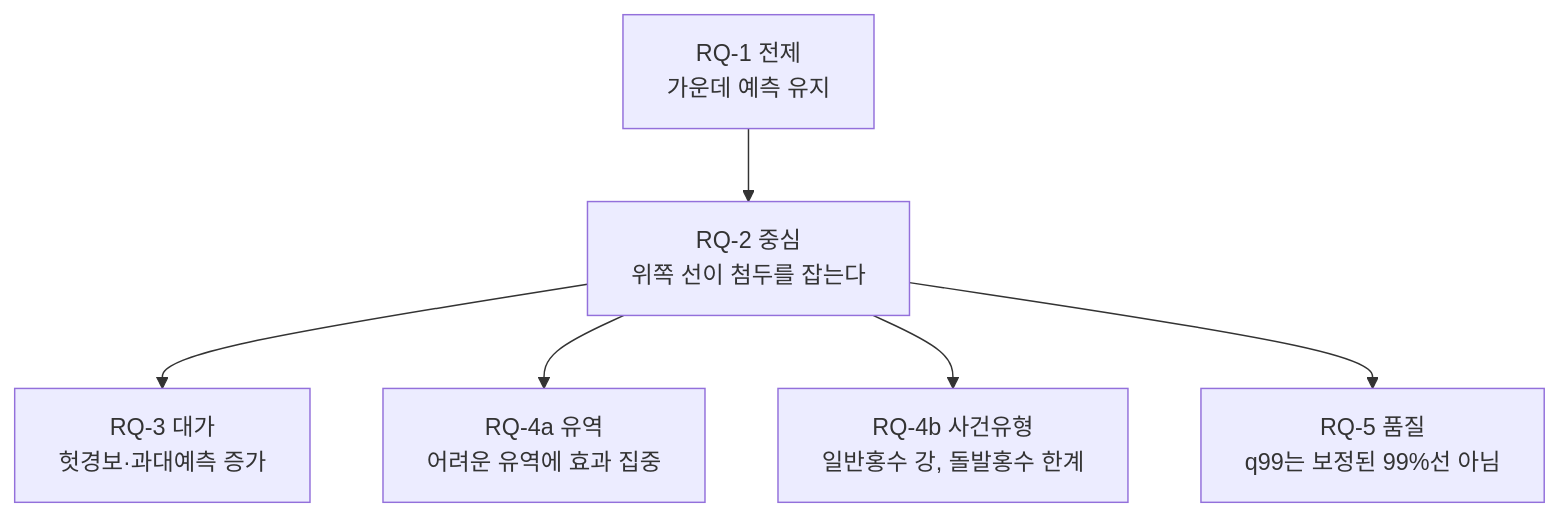
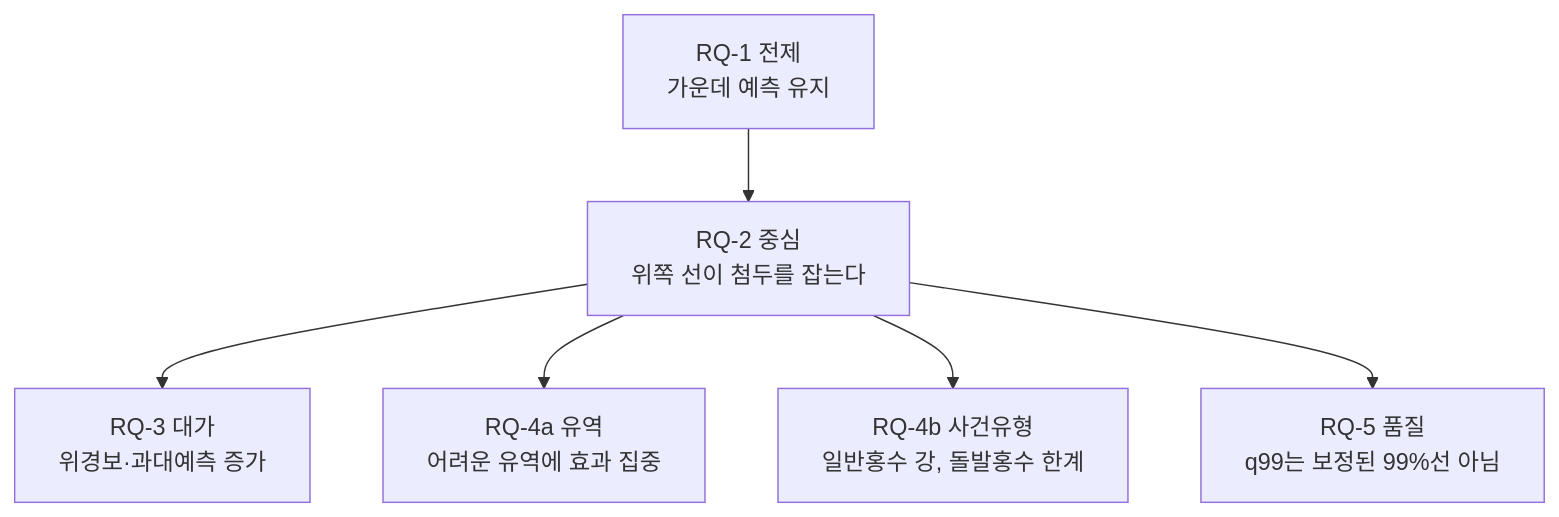
One commit to mossyantler/flood-underestimation-lstm changed the diagram in docs/explain/13_results_reading.md. Above: the diagram before and after it, drawn with Mermaid. The commit also changed other lines of this file and 15 other files, not shown here.

````diff
--- a/docs/explain/13_results_reading.md
+++ b/docs/explain/13_results_reading.md
@@ -31,8 +31,8 @@
 ```mermaid
 flowchart TD
     A["RQ-1 전제<br/>가운데 예측 유지"] --> B["RQ-2 중심<br/>위쪽 선이 첨두를 잡는다"]
-    B --> C["RQ-3 대가<br/>헛경보·과대예측 증가"]
+    B --> C["RQ-3 대가<br/>위경보·과대예측 증가"]
     B --> D["RQ-4a 유역<br/>어려운 유역에 효과 집중"]
     B --> E["RQ-4b 사건유형<br/>일반홍수 강, 돌발홍수 한계"]
     B --> F["RQ-5 품질<br/>q99는 보정된 99%선 아님"]
 ```
````
